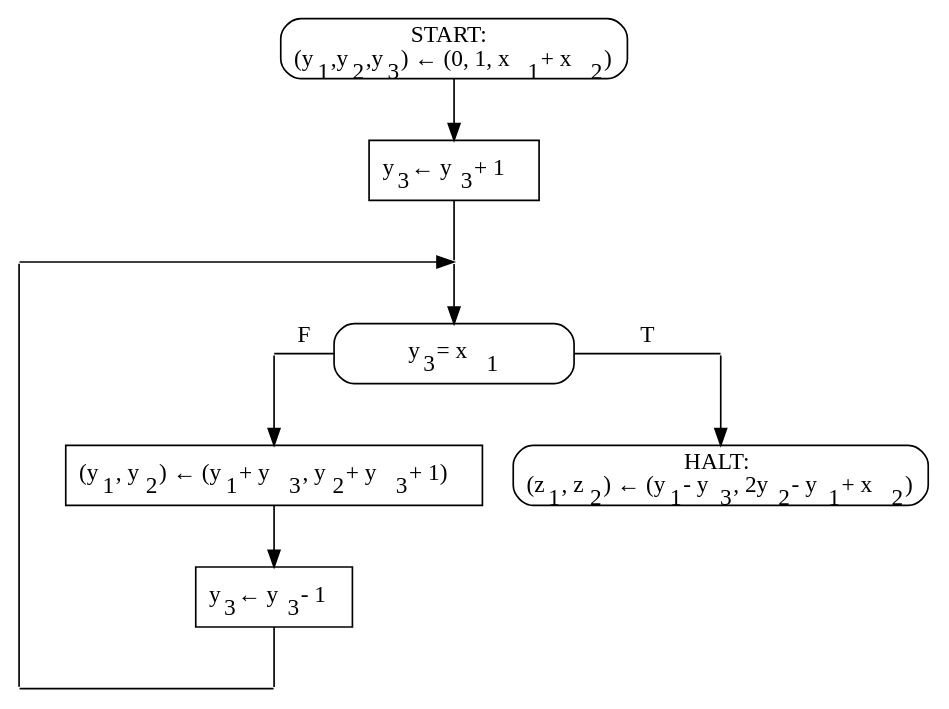
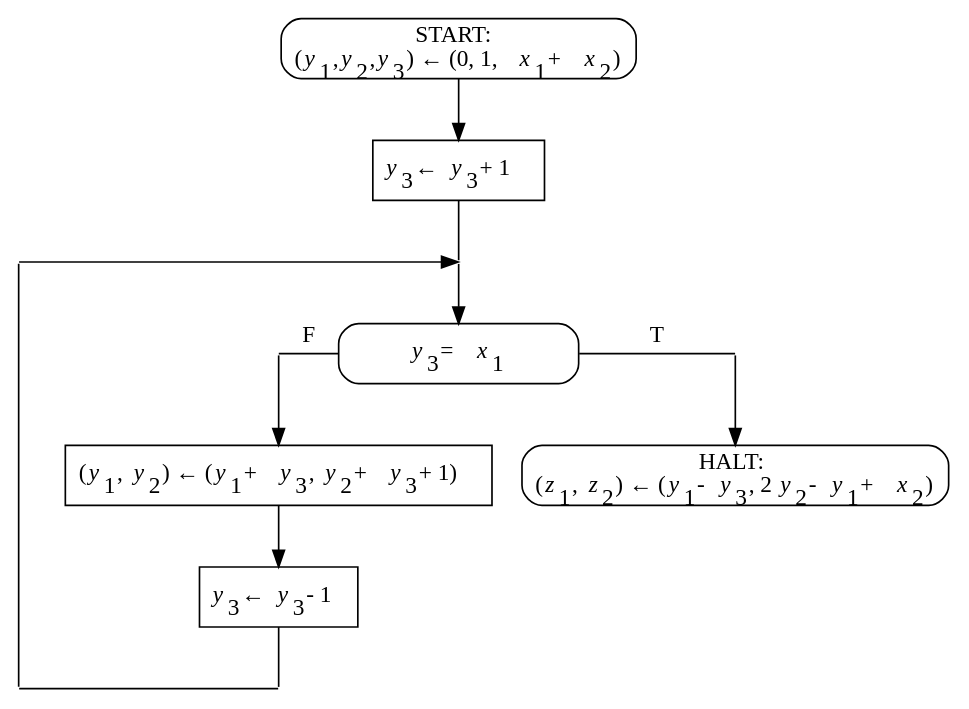
One commit to kornevgen/mfsp changed the diagram in exercises/x2_fig1.dot. Above: the diagram before and after it, drawn with Graphviz. The commit also changed 11 other files, not shown here.

```diff
--- a/exercises/x2_fig1.dot
+++ b/exercises/x2_fig1.dot
@@ -1,25 +1,25 @@
 digraph G{
 
 /* nodes by levels */
 node[shape=rectangle];
-START[style=rounded, label=<START:<br/>(y<sub>1</sub>,y<sub>2</sub>,y<sub>3</sub>) &larr; (0, 1, x<sub>1</sub> + x<sub>2</sub>)>];
-ASSIGN1[label=<y<sub>3</sub> &larr; y<sub>3</sub> + 1>];
-TEST[style=rounded, width=2, label=<y<sub>3</sub> = x<sub>1</sub>>];
-ASSIGN2[label=<(y<sub>1</sub>, y<sub>2</sub>) &larr; (y<sub>1</sub> + y<sub>3</sub>, y<sub>2</sub> + y<sub>3</sub> + 1)>];
-ASSIGN3[label=<y<sub>3</sub> &larr; y<sub>3</sub> - 1>];
-HALT[style=rounded, label=<HALT:<br/>(z<sub>1</sub>, z<sub>2</sub>) &larr; (y<sub>1</sub> - y<sub>3</sub>, 2y<sub>2</sub> - y<sub>1</sub> + x<sub>2</sub>)>];
+START[style=rounded, label=<START:<br/>(<i>y</i><sub>1</sub>,<i>y</i><sub>2</sub>,<i>y</i><sub>3</sub>) &larr; (0, 1, <i>x</i><sub>1</sub> + <i>x</i><sub>2</sub>)>];
+ASSIGN1[label=<<i>y</i><sub>3</sub> &larr; <i>y</i><sub>3</sub> + 1>];
+TEST[style=rounded, width=2, label=<<i>y</i><sub>3</sub> = <i>x</i><sub>1</sub>>];
+ASSIGN2[label=<(<i>y</i><sub>1</sub>, <i>y</i><sub>2</sub>) &larr; (<i>y</i><sub>1</sub> + <i>y</i><sub>3</sub>, <i>y</i><sub>2</sub> + <i>y</i><sub>3</sub> + 1)>];
+ASSIGN3[label=<<i>y</i><sub>3</sub> &larr; <i>y</i><sub>3</sub> - 1>];
+HALT[style=rounded, label=<HALT:<br/>(<i>z</i><sub>1</sub>, <i>z</i><sub>2</sub>) &larr; (<i>y</i><sub>1</sub> - <i>y</i><sub>3</sub>, 2<i>y</i><sub>2</sub> - <i>y</i><sub>1</sub> + <i>x</i><sub>2</sub>)>];
 
 /* edges */
 node [shape=point, width=0, label=""];
 START -> ASSIGN1 [weight=8]; ASSIGN1 -> p2 [arrowhead=none];
 { rank=same; p1 -> p2; }
 p1 -> p5 [weight=8, arrowhead=none];
 p2 -> TEST[weight=8];
 { rank=same; p3 -> TEST [label="F", arrowhead=none]; TEST -> p4 [label="T", arrowhead=none]; }
 p3 -> ASSIGN2 [weight=8];
 p4 -> HALT [weight=8];
 { rank=same; ASSIGN2; HALT; }
 ASSIGN2 -> ASSIGN3 [weight=8];
 ASSIGN3 -> p6 [weight=8, arrowhead=none];
 { rank=same; p5 -> p6 [arrowhead=none]; }
 }
```
